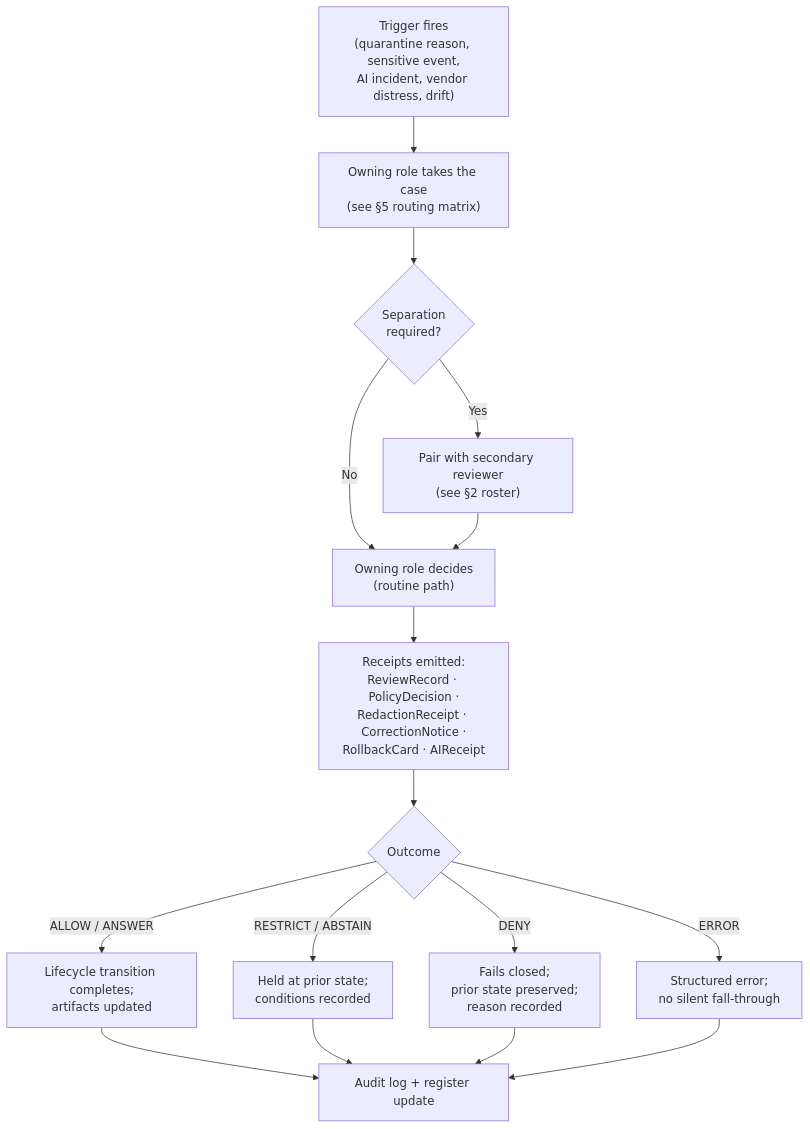
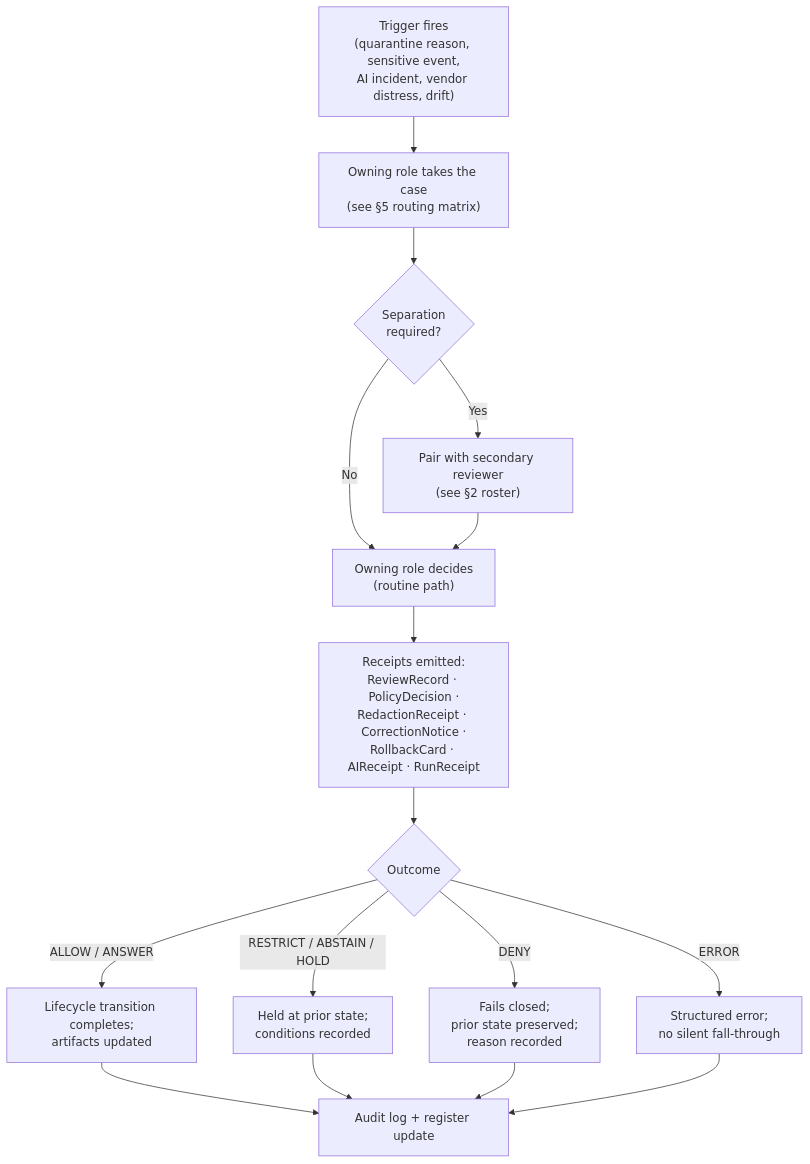
Before and after one commit to bartytime4life/Kansas-Frontier-Matrix: the diagram in docs/governance/ESCALATION.md, drawn with Mermaid. The commit also changed other lines of this file, not shown here.

````diff
--- a/docs/governance/ESCALATION.md
+++ b/docs/governance/ESCALATION.md
@@ -123,18 +159,18 @@
 ```mermaid
 flowchart TD
     T["Trigger fires<br/>(quarantine reason, sensitive event,<br/>AI incident, vendor distress, drift)"] --> O["Owning role takes the case<br/>(see §5 routing matrix)"]
     O --> S{"Separation<br/>required?"}
     S -->|"No"| D["Owning role decides<br/>(routine path)"]
     S -->|"Yes"| P["Pair with secondary reviewer<br/>(see §2 roster)"]
     P --> D
-    D --> R["Receipts emitted:<br/>ReviewRecord · PolicyDecision ·<br/>RedactionReceipt · CorrectionNotice ·<br/>RollbackCard · AIReceipt"]
+    D --> R["Receipts emitted:<br/>ReviewRecord · PolicyDecision ·<br/>RedactionReceipt · CorrectionNotice ·<br/>RollbackCard · AIReceipt · RunReceipt"]
     R --> X{"Outcome"}
     X -->|"ALLOW / ANSWER"| C["Lifecycle transition completes;<br/>artifacts updated"]
-    X -->|"RESTRICT / ABSTAIN"| H["Held at prior state;<br/>conditions recorded"]
+    X -->|"RESTRICT / ABSTAIN / HOLD"| H["Held at prior state;<br/>conditions recorded"]
     X -->|"DENY"| F["Fails closed;<br/>prior state preserved;<br/>reason recorded"]
     X -->|"ERROR"| E["Structured error;<br/>no silent fall-through"]
     C --> AU["Audit log + register update"]
     H --> AU
     F --> AU
     E --> AU
 ```
````
